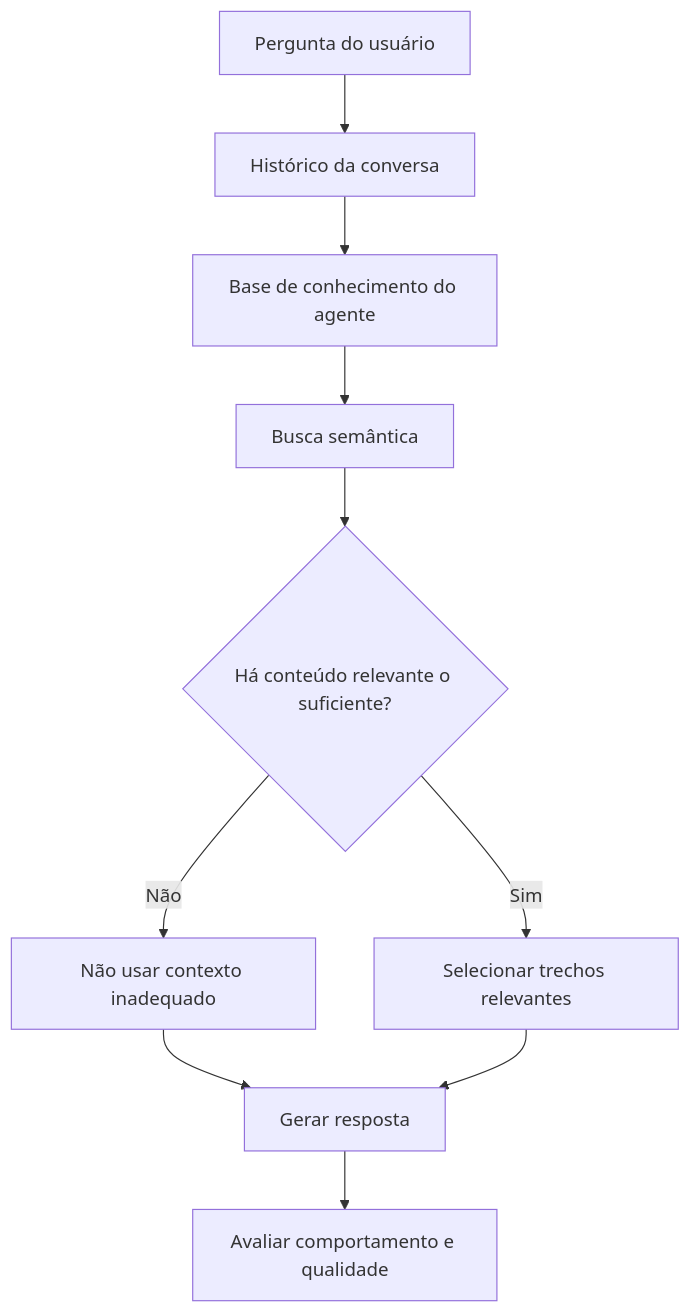
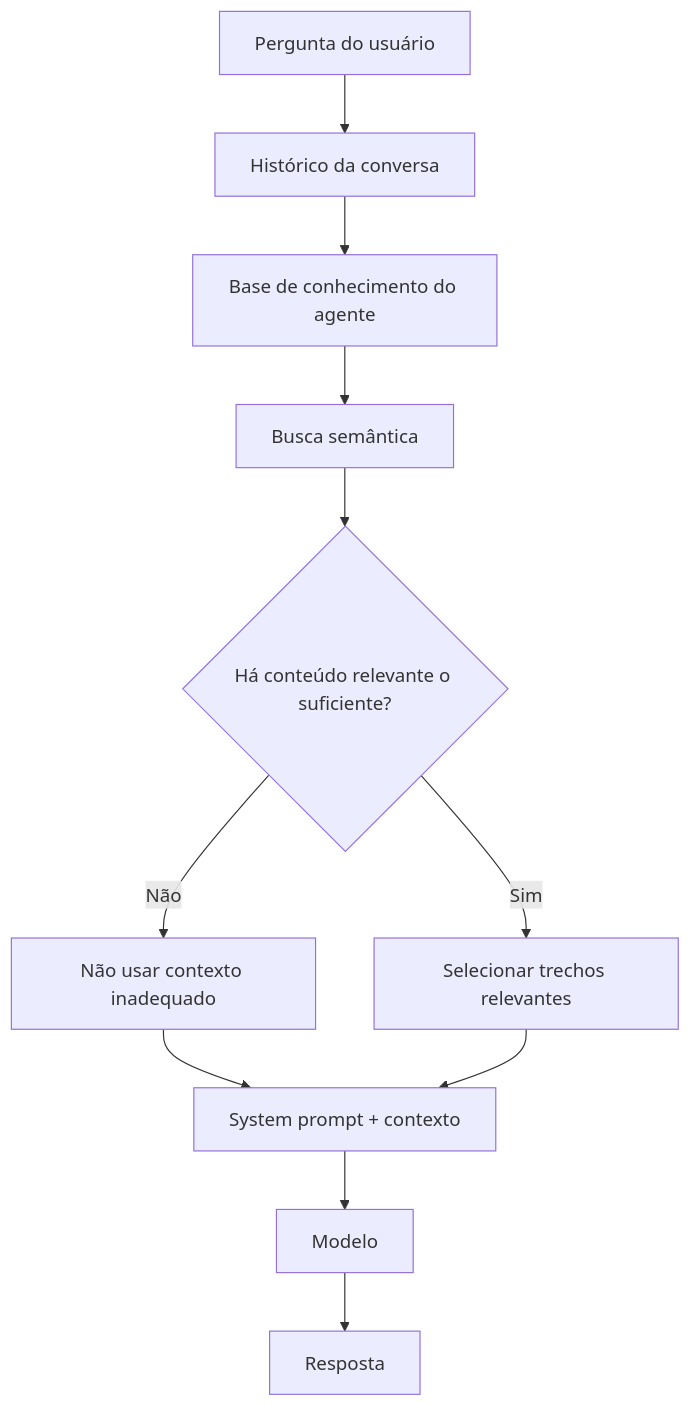
Before and after one commit to brendast-ai/ai-engineering-case-study: the diagram in README.md, drawn with Mermaid. The commit also changed other lines of this file, not shown here.

````diff
--- a/README.md
+++ b/README.md
@@ -43,12 +43,13 @@
 ```mermaid
 flowchart TD
     A[Pergunta do usuário] --> B[Histórico da conversa]
     B --> C[Base de conhecimento do agente]
     C --> D[Busca semântica]
     D --> E{Há conteúdo relevante o suficiente?}
     E -- Não --> F[Não usar contexto inadequado]
     E -- Sim --> G[Selecionar trechos relevantes]
-    F --> H[Gerar resposta]
+    F --> H[System prompt + contexto]
     G --> H
-    H --> I[Avaliar comportamento e qualidade]
+    H --> I[Modelo]
+    I --> J[Resposta]
 ```
````
